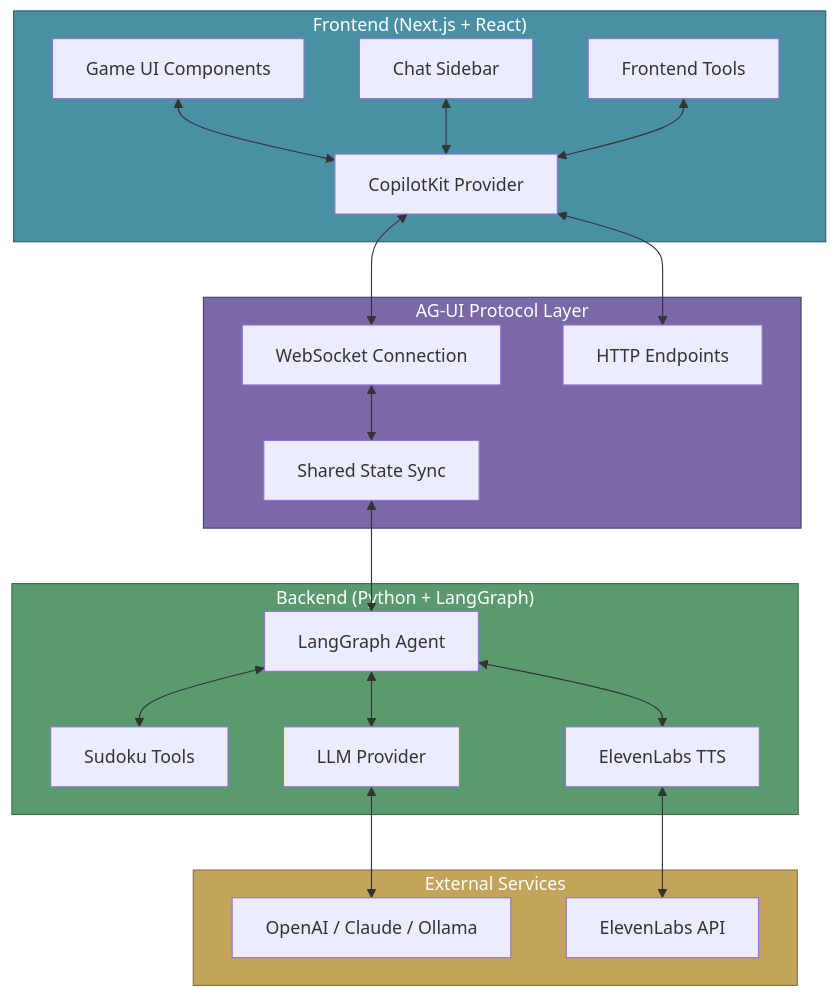
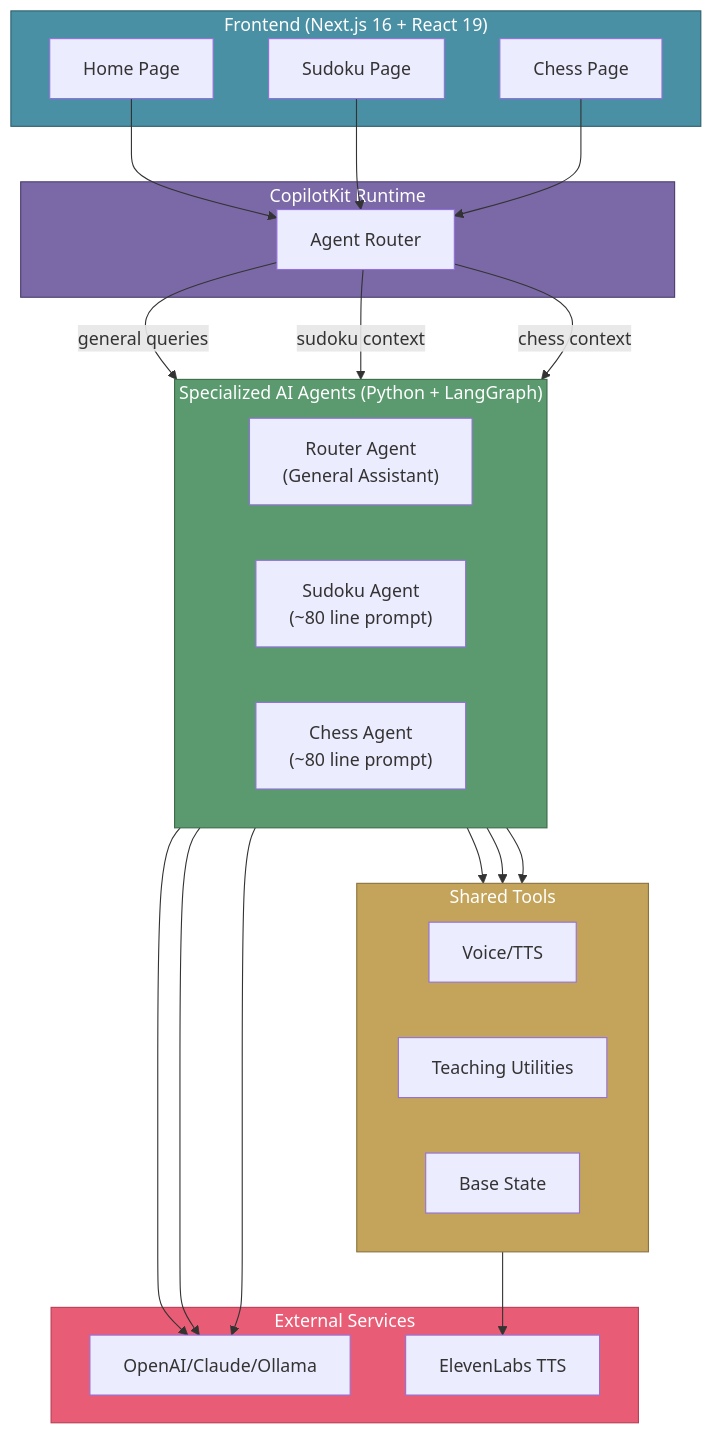
One commit to nitin27may/learnplay-ai changed the diagram in README.md. Above: the diagram before and after it, drawn with Mermaid. The commit also changed other lines of this file and 39 other files, not shown here.

First line of the commit message:
feat: Implement Chess and Sudoku game components with AI tutoring capabilities

````diff
--- a/README.md
+++ b/README.md
@@ -15,45 +29,55 @@
 ```mermaid
 flowchart TB
-    subgraph Frontend["Frontend (Next.js + React)"]
-        UI[Game UI Components]
-        CK[CopilotKit Provider]
-        FT[Frontend Tools]
-        Chat[Chat Sidebar]
+    subgraph Frontend["Frontend (Next.js 16 + React 19)"]
+        HomePage[Home Page]
+        SudokuPage[Sudoku Page]
+        ChessPage[Chess Page]
     end
-
-    subgraph AGUI["AG-UI Protocol Layer"]
-        WS[WebSocket Connection]
-        HTTP[HTTP Endpoints]
-        State[Shared State Sync]
+    
+    subgraph Runtime["CopilotKit Runtime"]
+        Router[Agent Router]
     end
-
-    subgraph Backend["Backend (Python + LangGraph)"]
-        Agent[LangGraph Agent]
-        Tools[Sudoku Tools]
-        LLM[LLM Provider]
+    
+    subgraph Agents["Specialized AI Agents (Python + LangGraph)"]
+        direction LR
+        
+        RouterAgent["Router Agent<br/>(General Assistant)"]
+        SudokuAgent["Sudoku Agent<br/>(~80 line prompt)"]
+        ChessAgent["Chess Agent<br/>(~80 line prompt)"]
+    end
+    
+    subgraph Shared["Shared Tools"]
+        Voice[Voice/TTS]
+        Teaching[Teaching Utilities]
+        State[Base State]
+    end
+    
+    subgraph External["External Services"]
+        LLM[OpenAI/Claude/Ollama]
         TTS[ElevenLabs TTS]
     end
-
-    subgraph External["External Services"]
-        OpenAI[OpenAI / Claude / Ollama]
-        ElevenLabs[ElevenLabs API]
-    end
-
-    UI <--> CK
-    Chat <--> CK
-    FT <--> CK
-    CK <--> WS
-    CK <--> HTTP
-    WS <--> State
-    State <--> Agent
-    Agent <--> Tools
-    Agent <--> LLM
-    Agent <--> TTS
-    LLM <--> OpenAI
-    TTS <--> ElevenLabs
-
+    
+    HomePage --> Router
+    SudokuPage --> Router
+    ChessPage --> Router
+    
+    Router -->|"general queries"| RouterAgent
+    Router -->|"sudoku context"| SudokuAgent
+    Router -->|"chess context"| ChessAgent
+    
+    RouterAgent --> Shared
+    SudokuAgent --> Shared
+    ChessAgent --> Shared
+    
+    RouterAgent --> LLM
+    SudokuAgent --> LLM
+    ChessAgent --> LLM
+    
+    Shared --> TTS
+    
     style Frontend fill:#4A90A4,stroke:#2C5F6E,color:#fff
-    style AGUI fill:#7B68A6,stroke:#4A3D6E,color:#fff
-    style Backend fill:#5A9A6E,stroke:#3D6B4A,color:#fff
-    style External fill:#C4A35A,stroke:#8B7340,color:#fff
+    style Runtime fill:#7B68A6,stroke:#4A3D6E,color:#fff
+    style Agents fill:#5A9A6E,stroke:#3D6B4A,color:#fff
+    style Shared fill:#C4A35A,stroke:#8B7340,color:#fff
+    style External fill:#E85D75,stroke:#B83E54,color:#fff
 ```
````
